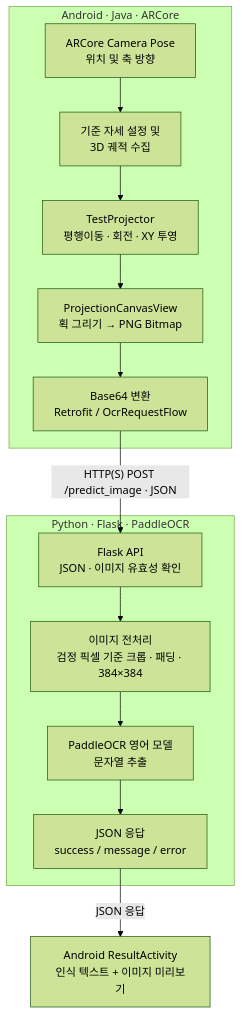
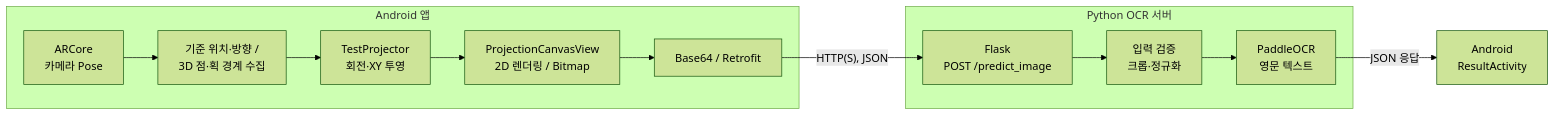
One commit to scr08212/air-drawing changed the diagram in docs/architecture.md. Above: the diagram before and after it, drawn with Mermaid (forest theme). The commit also changed other lines of this file, not shown here.

Commit message:
docs: restructure architecture around code-traceable pose projection and API boundaries

````diff
--- a/docs/architecture.md
+++ b/docs/architecture.md
@@ -9,17 +9,15 @@
 ```mermaid
-flowchart TD
-    subgraph ANDROID["Android · Java · ARCore"]
-        A["ARCore Camera Pose<br/>위치 및 축 방향"] --> B["기준 자세 설정 및<br/>3D 궤적 수집"]
-        B --> C["TestProjector<br/>평행이동 · 회전 · XY 투영"]
-        C --> D["ProjectionCanvasView<br/>획 그리기 → PNG Bitmap"]
-        D --> E["Base64 변환<br/>Retrofit / OcrRequestFlow"]
+flowchart LR
+    subgraph Mobile["Android 앱"]
+        A["ARCore<br/>카메라 Pose"] --> B["기준 위치·방향 /<br/>3D 점·획 경계 수집"]
+        B --> C["TestProjector<br/>회전·XY 투영"]
+        C --> D["ProjectionCanvasView<br/>2D 렌더링 / Bitmap"]
+        D --> E["Base64 / Retrofit"]
     end
-
-    E -->|"HTTP(S) POST /predict_image · JSON"| F
-    subgraph SERVER["Python · Flask · PaddleOCR"]
-        F["Flask API<br/>JSON · 이미지 유효성 확인"] --> G["이미지 전처리<br/>검정 픽셀 기준 크롭 · 패딩 · 384×384"]
-        G --> H["PaddleOCR 영어 모델<br/>문자열 추출"]
-        H --> I["JSON 응답<br/>success / message / error"]
+    subgraph Backend["Python OCR 서버"]
+        F["Flask<br/>POST /predict_image"] --> G["입력 검증<br/>크롭·정규화"]
+        G --> H["PaddleOCR<br/>영문 텍스트"]
     end
-    I -->|"JSON 응답"| J["Android ResultActivity<br/>인식 텍스트 + 이미지 미리보기"]
+    E -->|"HTTP(S), JSON"| F
+    H -->|"JSON 응답"| I["Android<br/>ResultActivity"]
 ```
````
